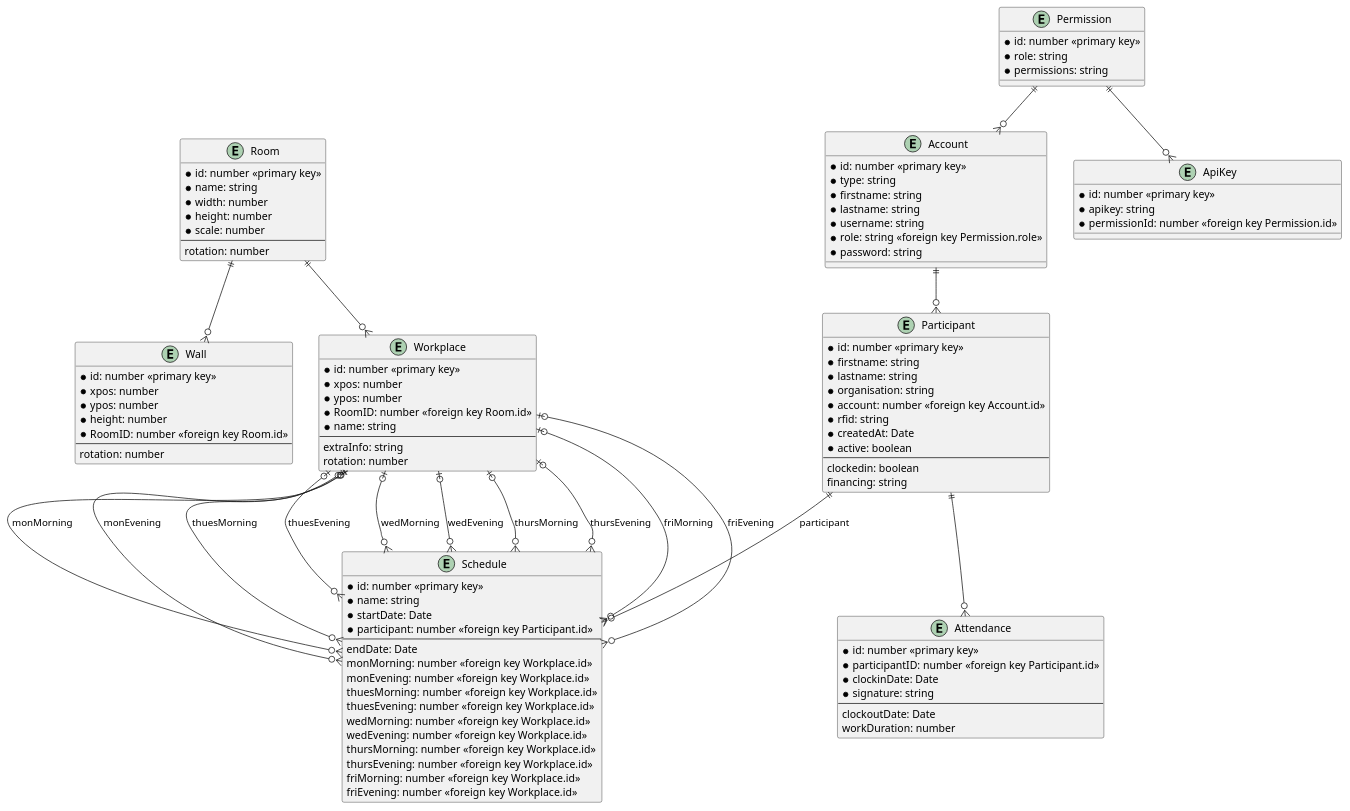
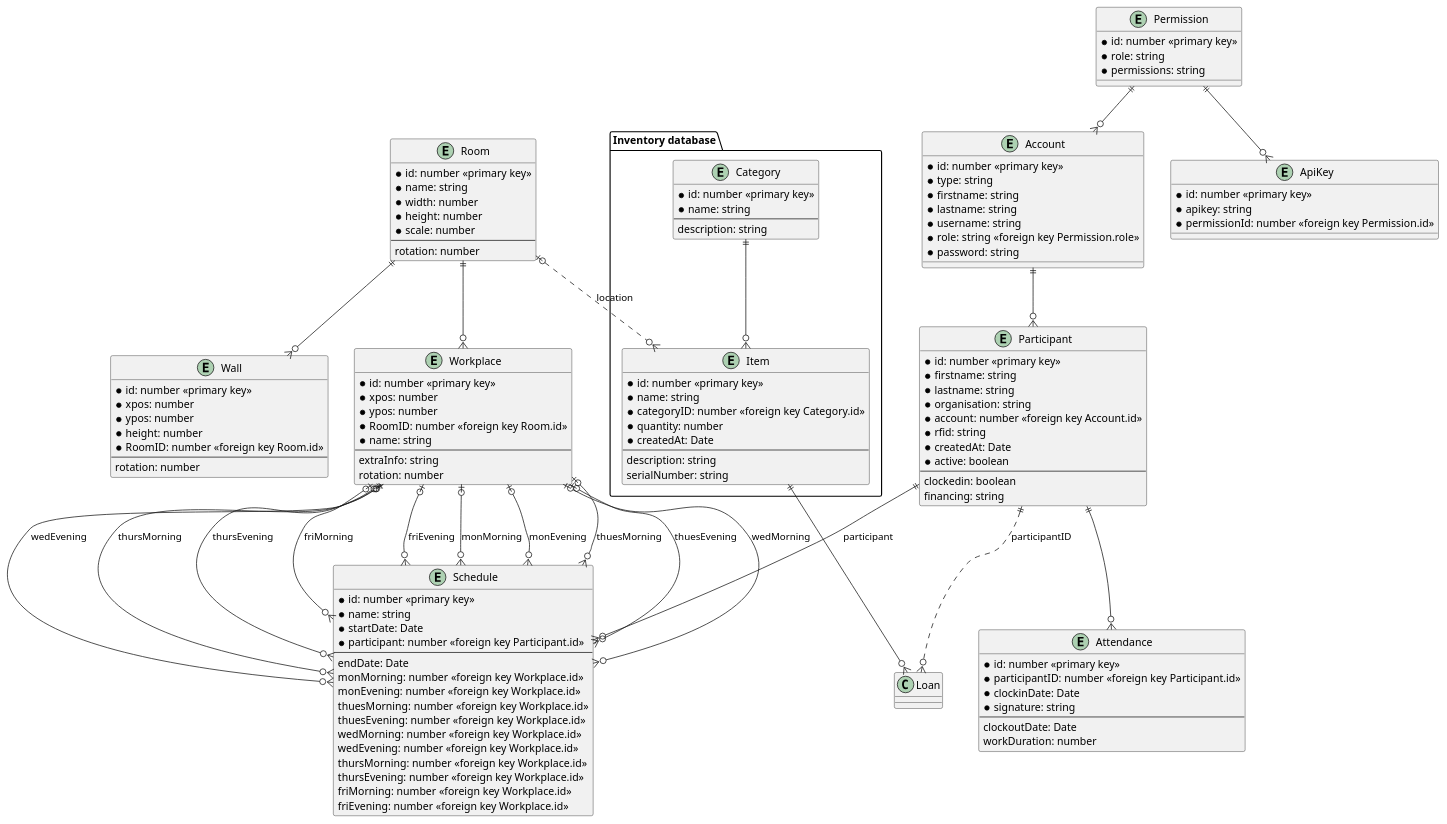
Before and after one commit to BitsEnBytesICT/Bits-Bytes-management-platform: the diagram in documentation/databasemodel.plantuml, drawn with PlantUML. The commit also changed 8 other files, not shown here.

```diff
--- a/documentation/databasemodel.plantuml
+++ b/documentation/databasemodel.plantuml
@@ -1,116 +1,142 @@
 @startuml database
 
 entity Account {
     * id: number <<primary key>>
     * type: string
     * firstname: string
     * lastname: string
     * username: string
     * role: string <<foreign key Permission.role>>
     * password: string
 }
 
 entity Participant {
     * id: number <<primary key>>
     * firstname: string
     * lastname: string
     * organisation: string
     * account: number <<foreign key Account.id>>
     * rfid: string
     * createdAt: Date
     * active: boolean
     --
     clockedin: boolean
     financing: string
 }
 
 entity Attendance {
     * id: number <<primary key>>
     * participantID: number <<foreign key Participant.id>>
     * clockinDate: Date
     * signature: string
     --
     clockoutDate: Date
     workDuration: number
 }
 
 entity Permission {
     * id: number <<primary key>>
     * role: string
     * permissions: string
 }
 
 entity ApiKey {
     * id: number <<primary key>>
     * apikey: string
     * permissionId: number <<foreign key Permission.id>>
 }
 
 entity Room {
     * id: number <<primary key>>
     * name: string
     * width: number
     * height: number
     * scale: number
     --
     rotation: number
 }
 
 entity Wall {
     * id: number <<primary key>>
     * xpos: number
     * ypos: number
     * height: number
     * RoomID: number <<foreign key Room.id>>
     --
     rotation: number
 }
 
 entity Workplace {
     * id: number <<primary key>>
     * xpos: number
     * ypos: number
     * RoomID: number <<foreign key Room.id>>
     * name: string
     --
     extraInfo: string
     rotation: number
 }
 
 entity Schedule {
     * id: number <<primary key>>
     * name: string
     * startDate: Date
     * participant: number <<foreign key Participant.id>>
     --
     endDate: Date
     monMorning: number <<foreign key Workplace.id>>
     monEvening: number <<foreign key Workplace.id>>
     thuesMorning: number <<foreign key Workplace.id>>
     thuesEvening: number <<foreign key Workplace.id>>
     wedMorning: number <<foreign key Workplace.id>>
     wedEvening: number <<foreign key Workplace.id>>
     thursMorning: number <<foreign key Workplace.id>>
     thursEvening: number <<foreign key Workplace.id>>
     friMorning: number <<foreign key Workplace.id>>
     friEvening: number <<foreign key Workplace.id>>
 }
 
+package "Inventory database" {
+    entity Category {
+        * id: number <<primary key>>
+        * name: string
+        --
+        description: string
+    }
+
+    entity Item {
+        * id: number <<primary key>>
+        * name: string
+        * categoryID: number <<foreign key Category.id>>
+        * quantity: number
+        * createdAt: Date
+        --
+        description: string
+        serialNumber: string
+    }
+}
+
 Permission ||--o{ Account
 Permission ||--o{ ApiKey
 Account ||--o{ Participant
 Participant ||--o{ Attendance
 Participant ||--o{ Schedule : participant
 Room ||--o{ Wall
 Room ||--o{ Workplace
 Workplace |o--o{ Schedule : monMorning
 Workplace |o--o{ Schedule : monEvening
 Workplace |o--o{ Schedule : thuesMorning
 Workplace |o--o{ Schedule : thuesEvening
 Workplace |o--o{ Schedule : wedMorning
 Workplace |o--o{ Schedule : wedEvening
 Workplace |o--o{ Schedule : thursMorning
 Workplace |o--o{ Schedule : thursEvening
 Workplace |o--o{ Schedule : friMorning
 Workplace |o--o{ Schedule : friEvening
+
+Category ||--o{ Item
+Item ||--o{ Loan
+' cross-database references (no enforced foreign key)
+Room |o..o{ Item : location
+Participant ||..o{ Loan : participantID
 @enduml
```
